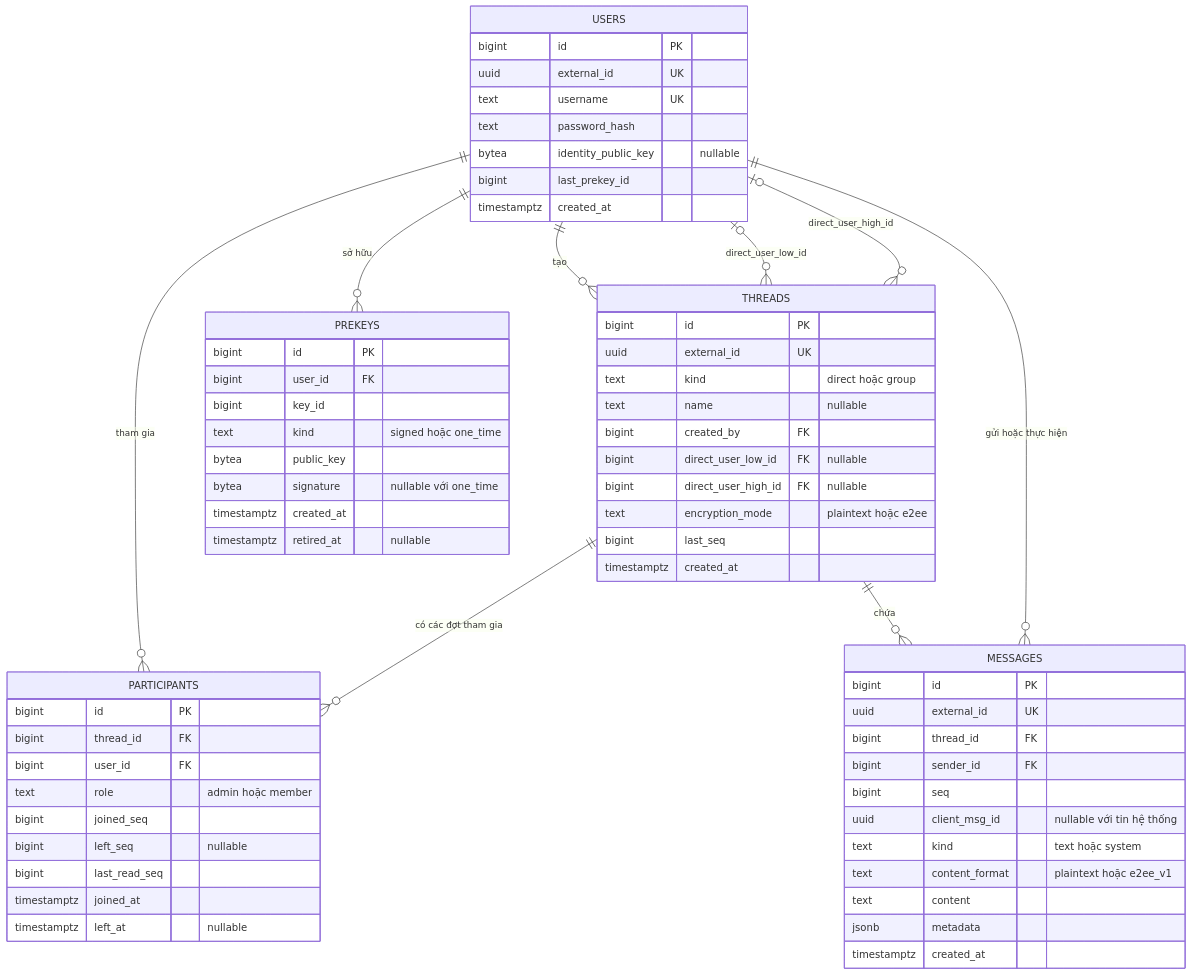
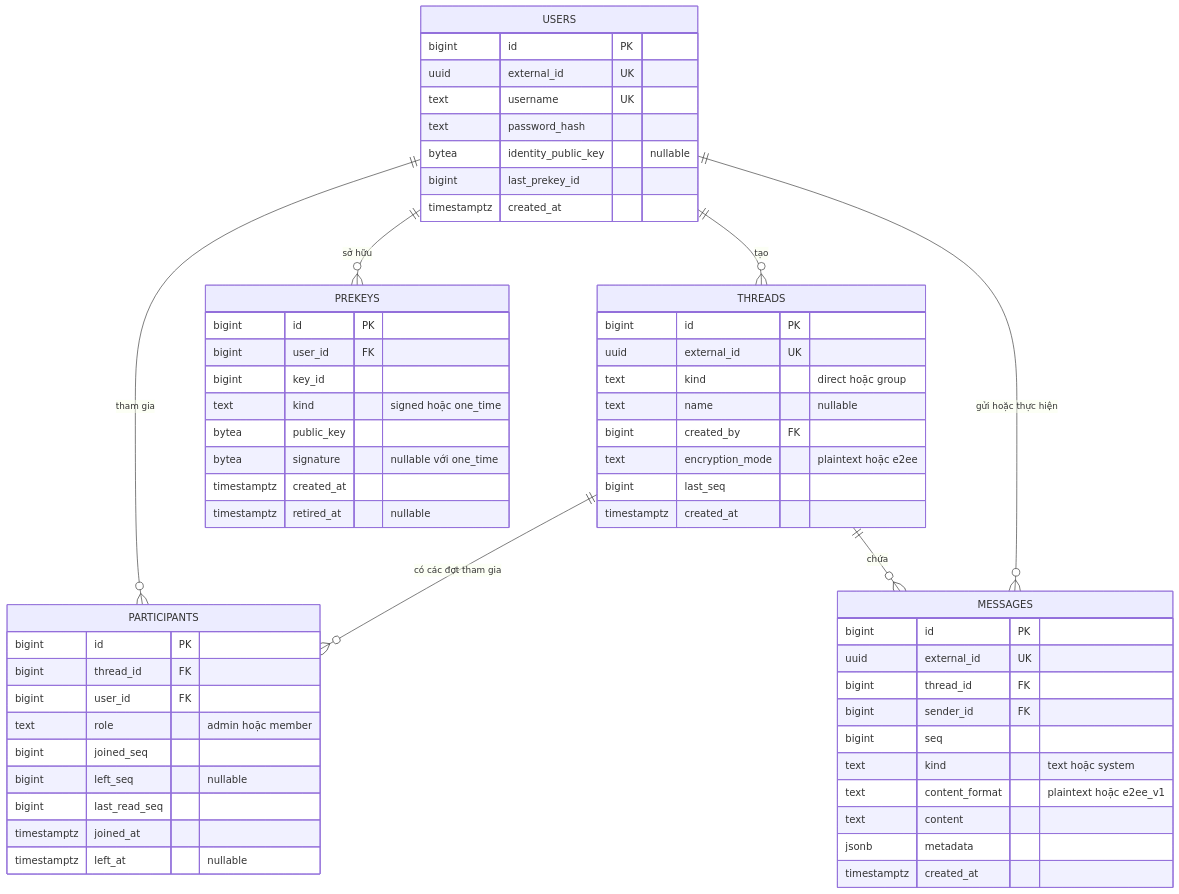
One commit to daoquocdai/chat-api changed the diagram in docs/chat-api-erd.md. Above: the diagram before and after it, drawn with Mermaid. The commit also changed other lines of this file and 21 other files, not shown here.

Commit message:
refactor(chat): bỏ cột low/high và dùng external ID để chống gửi trùng

````diff
--- a/docs/chat-api-erd.md
+++ b/docs/chat-api-erd.md
@@ -7,71 +7,66 @@
 ```mermaid
 erDiagram
     USERS ||--o{ THREADS : "tạo"
-    USERS o|--o{ THREADS : "direct_user_low_id"
-    USERS o|--o{ THREADS : "direct_user_high_id"
     USERS ||--o{ PARTICIPANTS : "tham gia"
     THREADS ||--o{ PARTICIPANTS : "có các đợt tham gia"
     THREADS ||--o{ MESSAGES : "chứa"
     USERS ||--o{ MESSAGES : "gửi hoặc thực hiện"
     USERS ||--o{ PREKEYS : "sở hữu"
 
     USERS {
         bigint id PK
         uuid external_id UK
         text username UK
         text password_hash
         bytea identity_public_key "nullable"
         bigint last_prekey_id
         timestamptz created_at
     }
 
     THREADS {
         bigint id PK
         uuid external_id UK
         text kind "direct hoặc group"
         text name "nullable"
         bigint created_by FK
-        bigint direct_user_low_id FK "nullable"
-        bigint direct_user_high_id FK "nullable"
         text encryption_mode "plaintext hoặc e2ee"
         bigint last_seq
         timestamptz created_at
     }
 
     PARTICIPANTS {
         bigint id PK
         bigint thread_id FK
         bigint user_id FK
         text role "admin hoặc member"
         bigint joined_seq
         bigint left_seq "nullable"
         bigint last_read_seq
         timestamptz joined_at
         timestamptz left_at "nullable"
     }
 
     MESSAGES {
         bigint id PK
         uuid external_id UK
         bigint thread_id FK
         bigint sender_id FK
         bigint seq
-        uuid client_msg_id "nullable với tin hệ thống"
         text kind "text hoặc system"
         text content_format "plaintext hoặc e2ee_v1"
         text content
         jsonb metadata
         timestamptz created_at
     }
 
     PREKEYS {
         bigint id PK
         bigint user_id FK
         bigint key_id
         text kind "signed hoặc one_time"
         bytea public_key
         bytea signature "nullable với one_time"
         timestamptz created_at
         timestamptz retired_at "nullable"
     }
 ```
````
